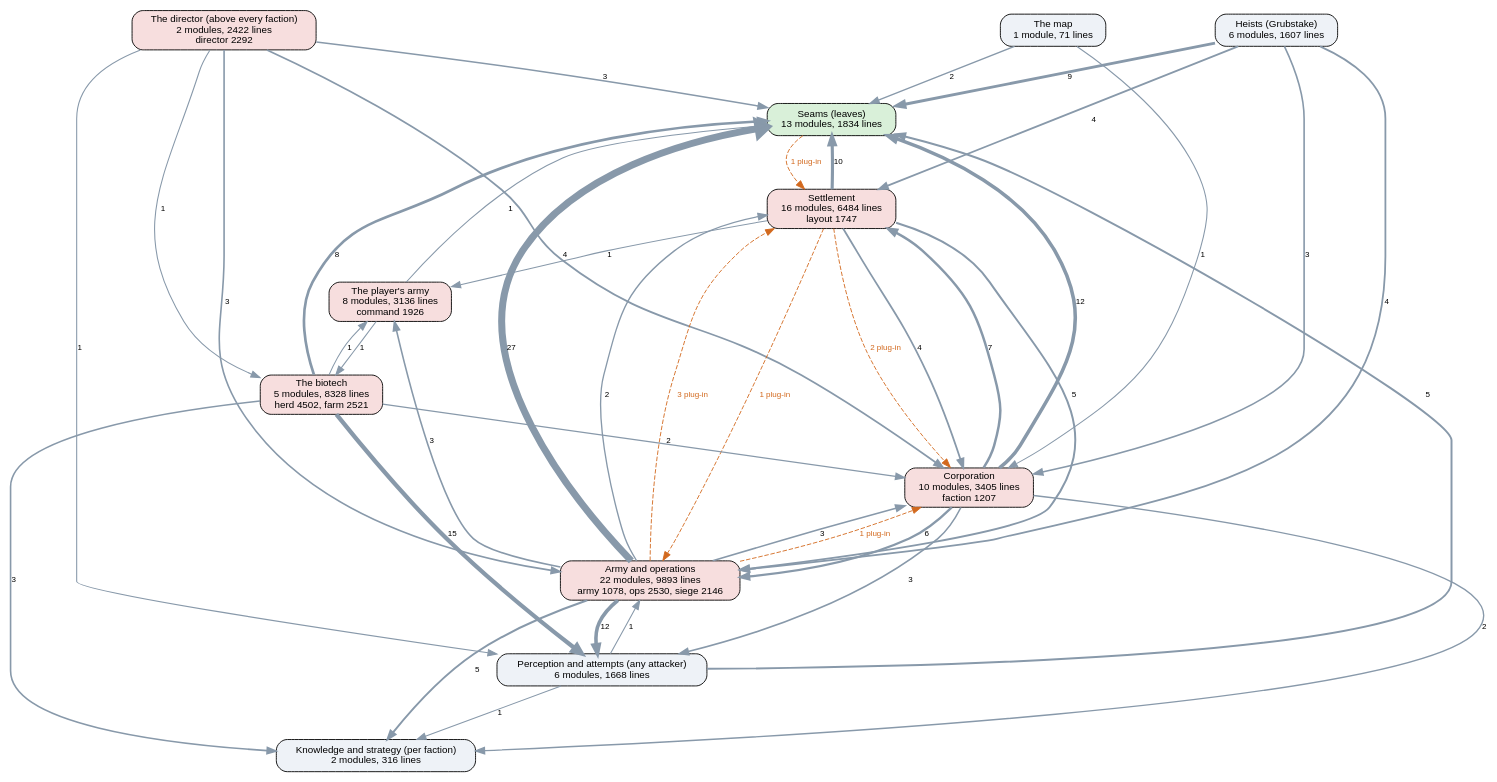
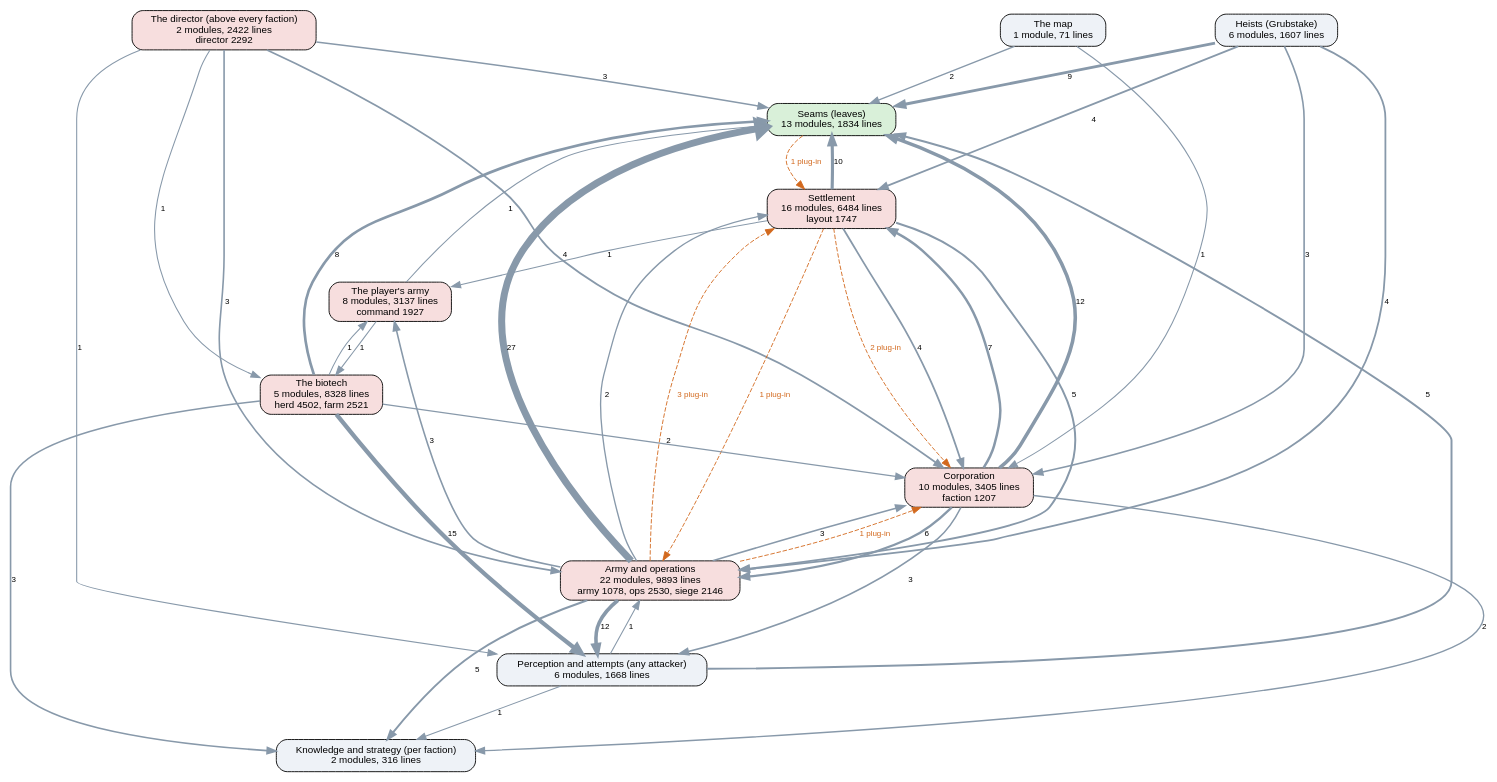
The diagram in docs/ai-layers.dot (kinelhu/landing-party), drawn with Graphviz before and after one commit. The commit also changed 15 other files, not shown here.

```diff
--- a/docs/ai-layers.dot
+++ b/docs/ai-layers.dot
@@ -1,57 +1,57 @@
 digraph layers {
   graph [rankdir=TB, fontname="Helvetica", nodesep=0.5, ranksep=0.7];
   node [shape=box, style="rounded,filled", fontname="Helvetica", fontsize=11, fillcolor="#eef2f7"];
   edge [color="#8899aa", fontname="Helvetica", fontsize=9];
   "Seams (leaves)" [label="Seams (leaves)\n13 modules, 1834 lines", fillcolor="#d9f0d9"];
   "Perception and attempts (any attacker)" [label="Perception and attempts (any attacker)\n6 modules, 1668 lines", fillcolor="#eef2f7"];
   "Knowledge and strategy (per faction)" [label="Knowledge and strategy (per faction)\n2 modules, 316 lines", fillcolor="#eef2f7"];
   "The director (above every faction)" [label="The director (above every faction)\n2 modules, 2422 lines\ndirector 2292", fillcolor="#f7dede"];
   "Corporation" [label="Corporation\n10 modules, 3405 lines\nfaction 1207", fillcolor="#f7dede"];
   "Settlement" [label="Settlement\n16 modules, 6484 lines\nlayout 1747", fillcolor="#f7dede"];
   "Army and operations" [label="Army and operations\n22 modules, 9893 lines\narmy 1078, ops 2530, siege 2146", fillcolor="#f7dede"];
   "Heists (Grubstake)" [label="Heists (Grubstake)\n6 modules, 1607 lines", fillcolor="#eef2f7"];
   "The biotech" [label="The biotech\n5 modules, 8328 lines\nherd 4502, farm 2521", fillcolor="#f7dede"];
   "The map" [label="The map\n1 module, 71 lines", fillcolor="#eef2f7"];
-  "The player's army" [label="The player's army\n8 modules, 3136 lines\ncommand 1926", fillcolor="#f7dede"];
+  "The player's army" [label="The player's army\n8 modules, 3137 lines\ncommand 1927", fillcolor="#f7dede"];
   "Army and operations" -> "Corporation" [label="3", penwidth=1.8];
   "Army and operations" -> "Knowledge and strategy (per faction)" [label="5", penwidth=2.2];
   "Army and operations" -> "Perception and attempts (any attacker)" [label="12", penwidth=4.0];
   "Army and operations" -> "Seams (leaves)" [label="27", penwidth=7.8];
   "Army and operations" -> "Settlement" [label="2", penwidth=1.5];
   "Army and operations" -> "The player's army" [label="3", penwidth=1.8];
   "Corporation" -> "Army and operations" [label="6", penwidth=2.5];
   "Corporation" -> "Knowledge and strategy (per faction)" [label="2", penwidth=1.5];
   "Corporation" -> "Perception and attempts (any attacker)" [label="3", penwidth=1.8];
   "Corporation" -> "Seams (leaves)" [label="12", penwidth=4.0];
   "Corporation" -> "Settlement" [label="7", penwidth=2.8];
   "Heists (Grubstake)" -> "Army and operations" [label="4", penwidth=2.0];
   "Heists (Grubstake)" -> "Corporation" [label="3", penwidth=1.8];
   "Heists (Grubstake)" -> "Seams (leaves)" [label="9", penwidth=3.2];
   "Heists (Grubstake)" -> "Settlement" [label="4", penwidth=2.0];
   "Perception and attempts (any attacker)" -> "Army and operations" [label="1", penwidth=1.2];
   "Perception and attempts (any attacker)" -> "Knowledge and strategy (per faction)" [label="1", penwidth=1.2];
   "Perception and attempts (any attacker)" -> "Seams (leaves)" [label="5", penwidth=2.2];
   "Settlement" -> "Army and operations" [label="5", penwidth=2.2];
   "Settlement" -> "Corporation" [label="4", penwidth=2.0];
   "Settlement" -> "Seams (leaves)" [label="10", penwidth=3.5];
   "Settlement" -> "The player's army" [label="1", penwidth=1.2];
   "The biotech" -> "Corporation" [label="2", penwidth=1.5];
   "The biotech" -> "Knowledge and strategy (per faction)" [label="3", penwidth=1.8];
   "The biotech" -> "Perception and attempts (any attacker)" [label="15", penwidth=4.8];
   "The biotech" -> "Seams (leaves)" [label="8", penwidth=3.0];
   "The biotech" -> "The player's army" [label="1", penwidth=1.2];
   "The director (above every faction)" -> "Army and operations" [label="3", penwidth=1.8];
   "The director (above every faction)" -> "Corporation" [label="4", penwidth=2.0];
   "The director (above every faction)" -> "Perception and attempts (any attacker)" [label="1", penwidth=1.2];
   "The director (above every faction)" -> "Seams (leaves)" [label="3", penwidth=1.8];
   "The director (above every faction)" -> "The biotech" [label="1", penwidth=1.2];
   "The map" -> "Corporation" [label="1", penwidth=1.2];
   "The map" -> "Seams (leaves)" [label="2", penwidth=1.5];
   "The player's army" -> "Seams (leaves)" [label="1", penwidth=1.2];
   "The player's army" -> "The biotech" [label="1", penwidth=1.2];
   "Army and operations" -> "Corporation" [style=dashed, color="#d2691e", fontcolor="#d2691e", label="1 plug-in"];
   "Army and operations" -> "Settlement" [style=dashed, color="#d2691e", fontcolor="#d2691e", label="3 plug-in"];
   "Seams (leaves)" -> "Settlement" [style=dashed, color="#d2691e", fontcolor="#d2691e", label="1 plug-in"];
   "Settlement" -> "Army and operations" [style=dashed, color="#d2691e", fontcolor="#d2691e", label="1 plug-in"];
   "Settlement" -> "Corporation" [style=dashed, color="#d2691e", fontcolor="#d2691e", label="2 plug-in"];
 }
```
